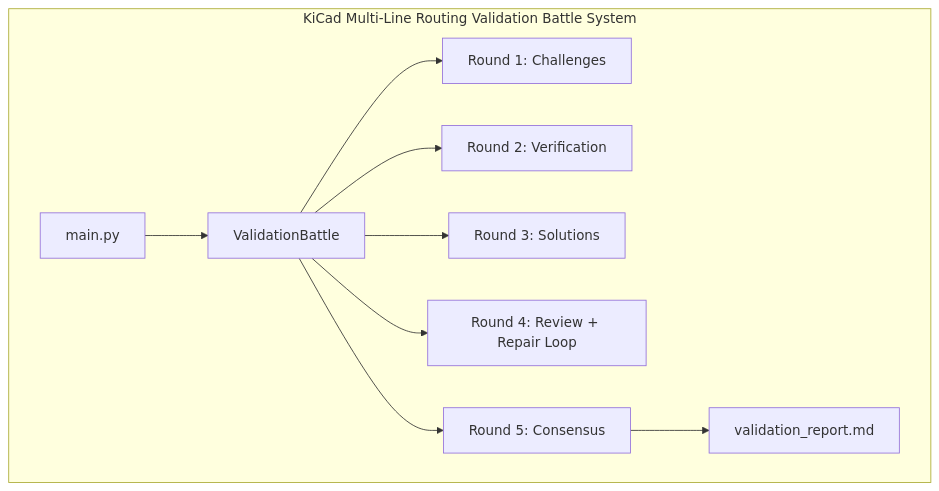
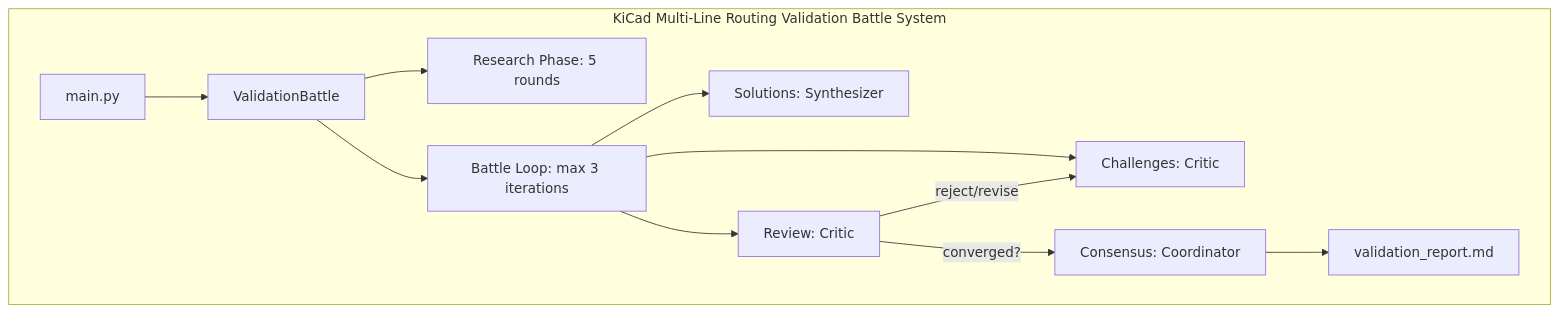
The first of 4 diagrams in wenming/Interactive-multi-routing/validation_system/README.md (wenming-ma/kicad-source-mirror), drawn with Mermaid before and after one commit. The commit also changed other lines of this file and 6 other files, not shown here.

First line of the commit message:
Add validation report and enhance validation system with unified critic and synthesizer

````diff
--- a/wenming/Interactive-multi-routing/validation_system/README.md
+++ b/wenming/Interactive-multi-routing/validation_system/README.md
@@ -120,12 +116,14 @@
 ```mermaid
 graph TB
     subgraph "KiCad Multi-Line Routing Validation Battle System"
         Entry[main.py] --> Orchestrator[ValidationBattle]
-        Orchestrator --> Round1[Round 1: Challenges]
-        Orchestrator --> Round2[Round 2: Verification]
-        Orchestrator --> Round3[Round 3: Solutions]
-        Orchestrator --> Round4[Round 4: Review + Repair Loop]
-        Orchestrator --> Round5[Round 5: Consensus]
-        Round5 --> Report[validation_report.md]
+        Orchestrator --> Research[Research Phase: 5 rounds]
+        Orchestrator --> Battle[Battle Loop: max 3 iterations]
+        Battle --> Challenges[Challenges: Critic]
+        Battle --> Solutions[Solutions: Synthesizer]
+        Battle --> Review[Review: Critic]
+        Review -->|converged?| Consensus[Consensus: Coordinator]
+        Review -->|reject/revise| Challenges
+        Consensus --> Report[validation_report.md]
     end
 ```
````
